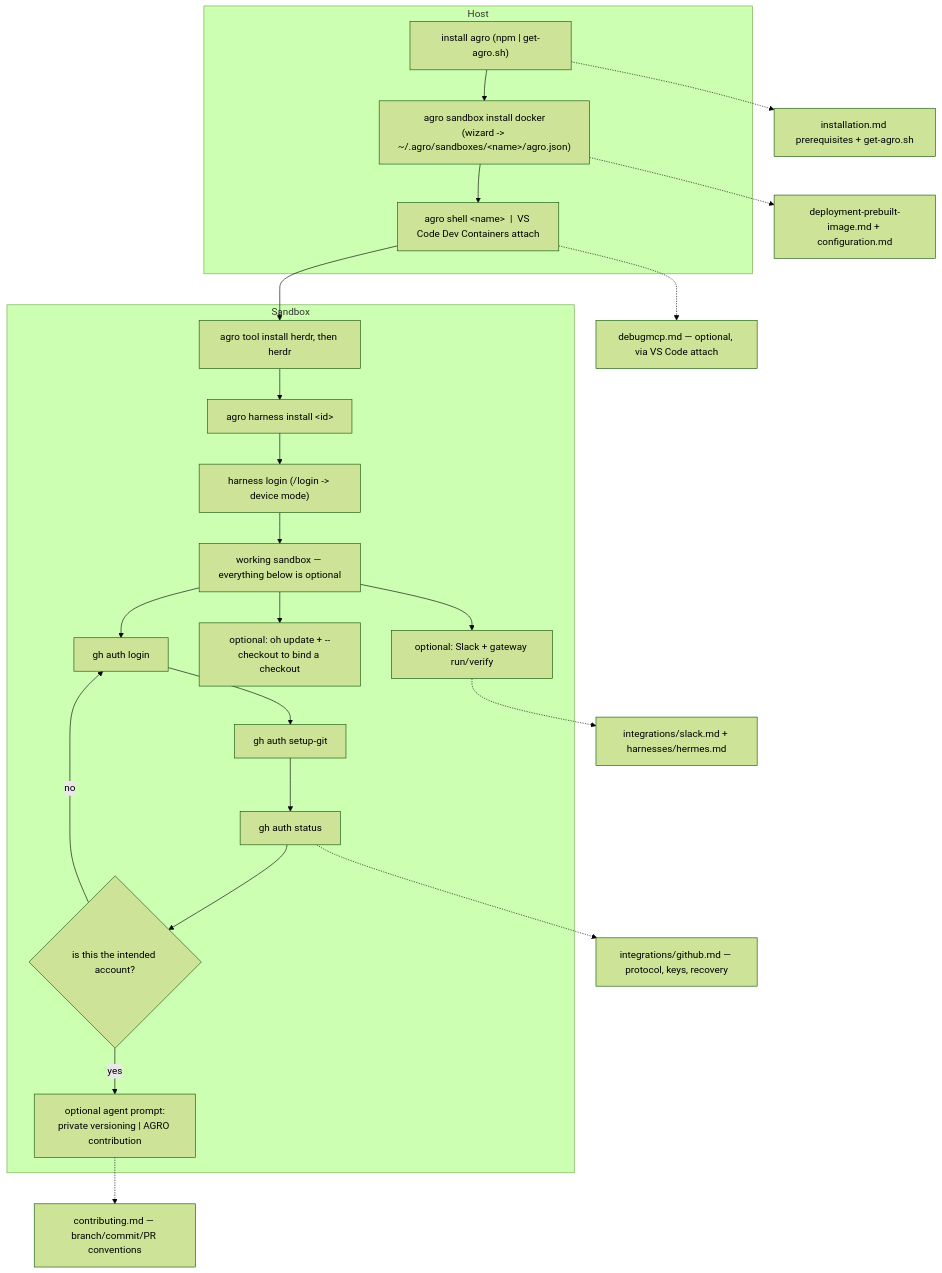
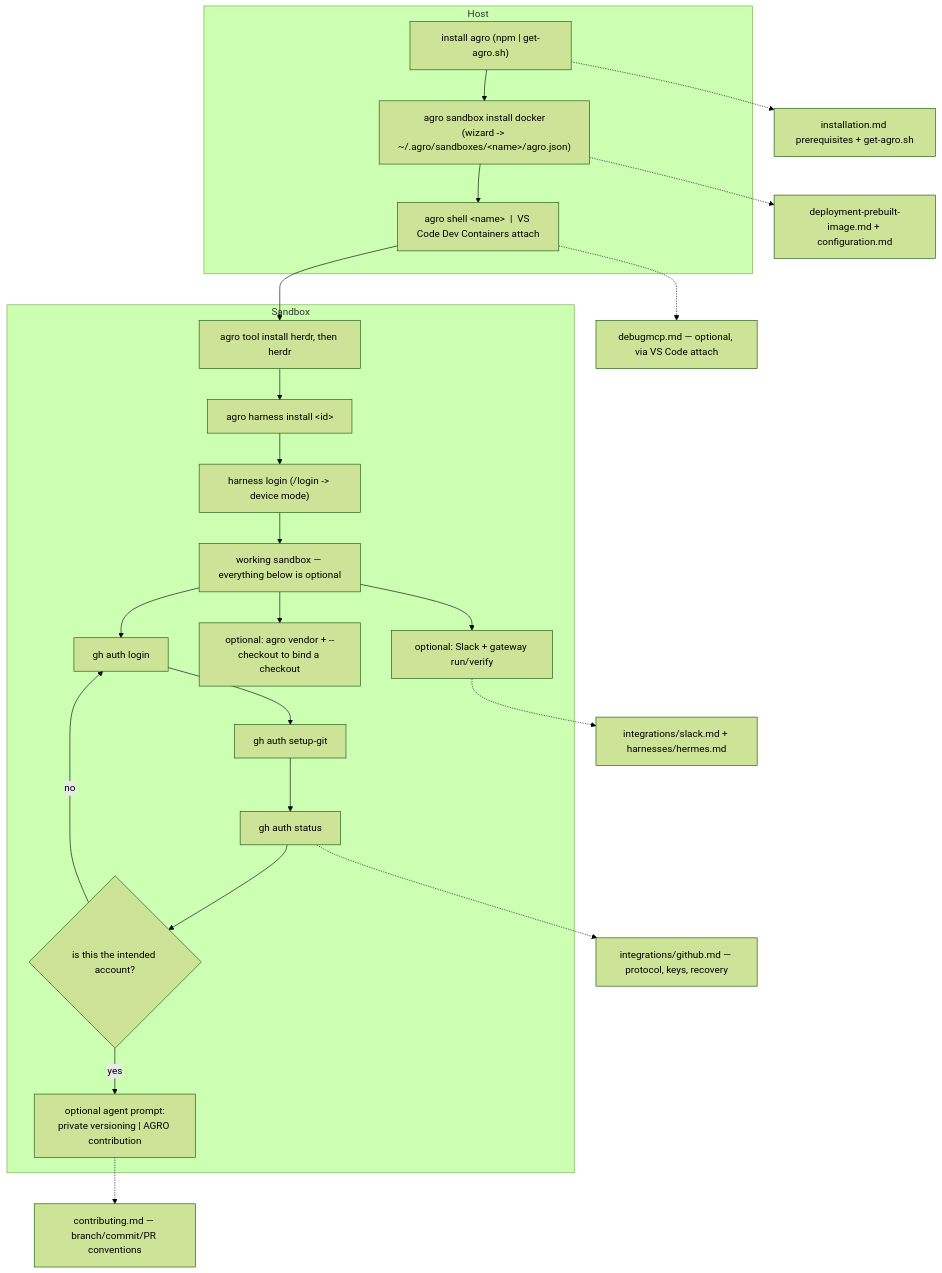
One commit to mifunedev/agro changed the diagram in .agro/knowledge/source/fresh-machine-setup.md. Above: the diagram before and after it, drawn with Mermaid (forest theme). The commit also changed other lines of this file and 304 other files, not shown here.

````diff
--- a/.agro/knowledge/source/fresh-machine-setup.md
+++ b/.agro/knowledge/source/fresh-machine-setup.md
@@ -201,27 +200,27 @@
 ```mermaid
 flowchart TD
   subgraph Host
     H1["install agro (npm | get-agro.sh)"] --> H2["agro sandbox install docker<br/>(wizard -> ~/.agro/sandboxes/&lt;name&gt;/agro.json)"]
     H2 --> H3["agro shell &lt;name&gt;  |  VS Code Dev Containers attach"]
   end
   subgraph Sandbox
     H3 --> S1["agro tool install herdr, then herdr"]
     S1 --> S2["agro harness install &lt;id&gt;"]
     S2 --> S3["harness login (/login -> device mode)"]
     S3 --> WORKING["working sandbox — everything below is optional"]
     WORKING --> G1["gh auth login"]
     G1 --> G2["gh auth setup-git"]
     G2 --> G3["gh auth status"]
     G3 --> G4{"is this the intended account?"}
     G4 -->|no| G1
     G4 -->|yes| P["optional agent prompt:<br/>private versioning | AGRO contribution"]
-    WORKING --> R["optional: oh update + --checkout to bind a checkout"]
+    WORKING --> R["optional: agro vendor + --checkout to bind a checkout"]
     WORKING --> SL["optional: Slack + gateway run/verify"]
   end
   H1 -.-> D1["installation.md prerequisites + get-agro.sh"]
   H2 -.-> D2["deployment-prebuilt-image.md + configuration.md"]
   G3 -.-> D3["integrations/github.md — protocol, keys, recovery"]
   P -.-> D4["contributing.md — branch/commit/PR conventions"]
   H3 -.-> D6["debugmcp.md — optional, via VS Code attach"]
   SL -.-> D7["integrations/slack.md + harnesses/hermes.md"]
 ```
````
